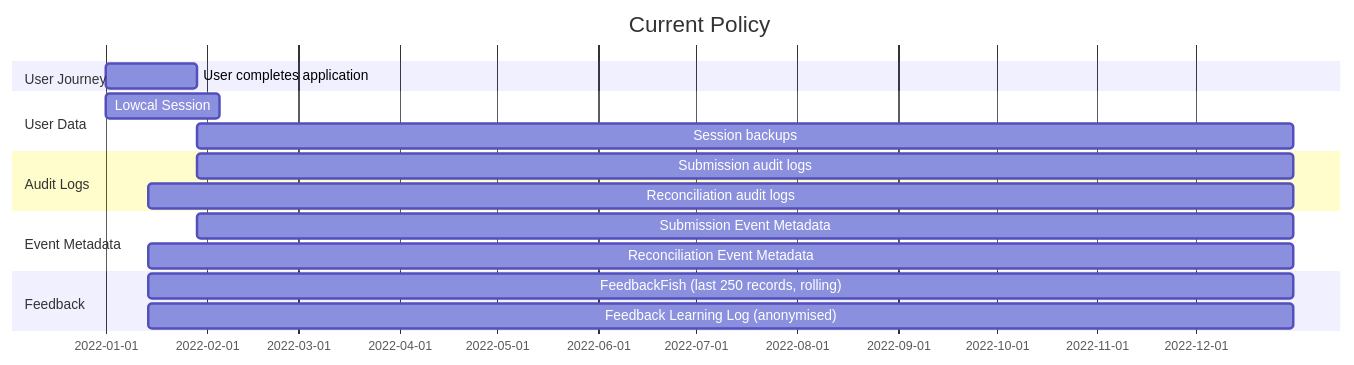
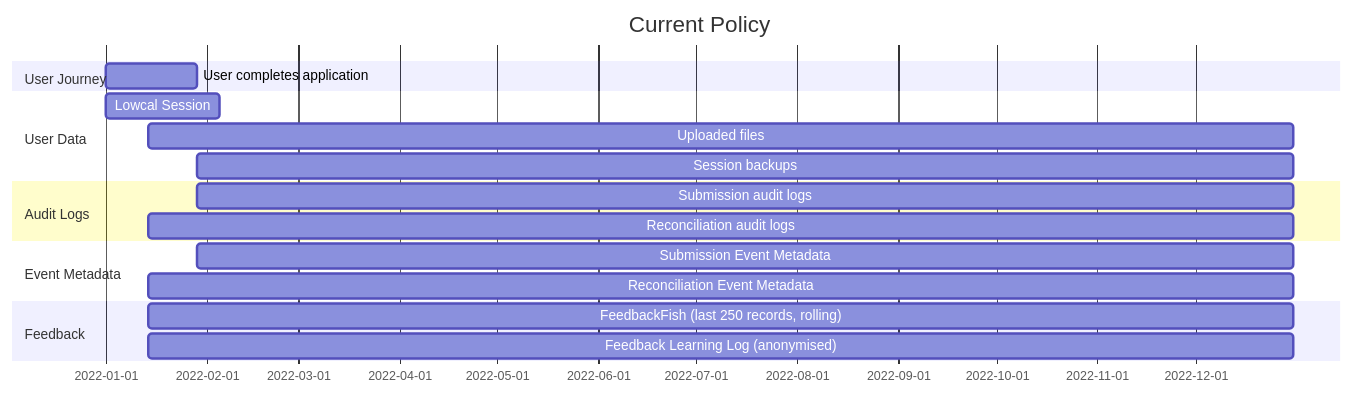
One commit to theopensystemslab/planx-new changed the first of 2 diagrams in doc/architecture/decisions/0005-data-retention-policy.md. Above: the diagram before and after it, drawn with Mermaid. The commit also changed other lines of this file, not shown here.

````diff
--- a/doc/architecture/decisions/0005-data-retention-policy.md
+++ b/doc/architecture/decisions/0005-data-retention-policy.md
@@ -20,24 +20,25 @@
 ```mermaid
 gantt
     title Current Policy
     dateFormat  YYYY-MM-DD
 
     section User Journey
     User completes application: uj1, 2022-01-01, 28d
 
     section User Data
     Lowcal Session: 2022-01-01, 35d
+    Uploaded files: 2022-01-14, 2022-12-31
     Session backups: after uj1, 2022-12-31
 
     section Audit Logs
     Submission audit logs: after uj1, 2022-12-31
     Reconciliation audit logs: 2022-01-14, 2022-12-31
 
     section Event Metadata
     Submission Event Metadata: after uj1, 2022-12-31
     Reconciliation Event Metadata: 2022-01-14, 2022-12-31
     
     section Feedback
     FeedbackFish (last 250 records, rolling): 2022-01-14, 2022-12-31
     Feedback Learning Log (anonymised): 2022-01-14, 2022-12-31
 ```
````
